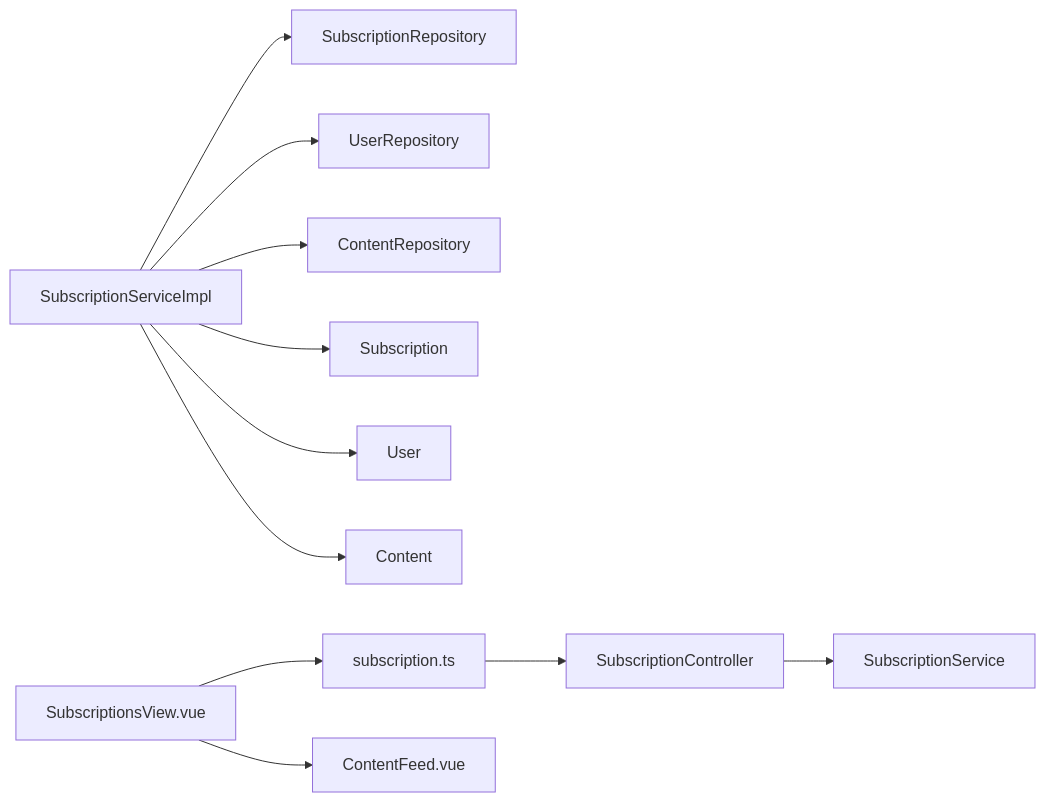
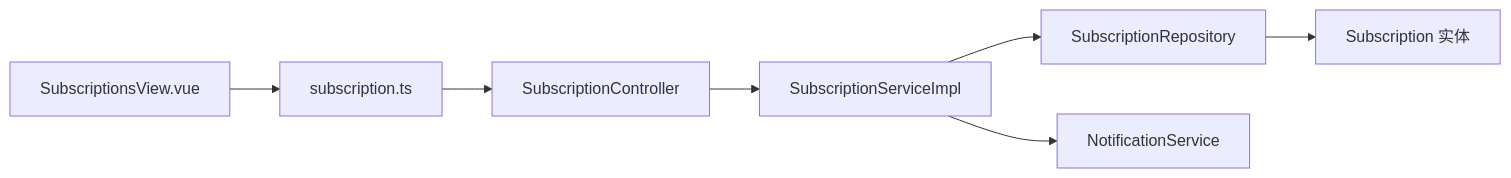
Before and after one commit to koala-xiong/communication-qoder: the eighth of 8 diagrams in .qoder/repowiki/zh/content/订阅系统.md, drawn with Mermaid. The commit also changed other lines of this file and 73 other files, not shown here.

````diff
--- a/.qoder/repowiki/zh/content/订阅系统.md
+++ b/.qoder/repowiki/zh/content/订阅系统.md
@@ -397,13 +363,9 @@
 ```mermaid
 graph LR
-Controller["SubscriptionController"] --> Service["SubscriptionService"]
-ServiceImpl["SubscriptionServiceImpl"] --> Repo["SubscriptionRepository"]
-ServiceImpl --> UserRepo["UserRepository"]
-ServiceImpl --> ContentRepo["ContentRepository"]
-ServiceImpl --> EntityS["Subscription"]
-ServiceImpl --> EntityU["User"]
-ServiceImpl --> EntityC["Content"]
-FE_API["subscription.ts"] --> Controller
-FE_View["SubscriptionsView.vue"] --> FE_API
-FE_View --> FE_Content["ContentFeed.vue"]
+Ctrl["SubscriptionController"] --> Svc["SubscriptionServiceImpl"]
+Svc --> Repo["SubscriptionRepository"]
+Svc --> Noti["NotificationService"]
+Repo --> Entity["Subscription 实体"]
+FE["subscription.ts"] --> Ctrl
+SubView["SubscriptionsView.vue"] --> FE
 ```
````
